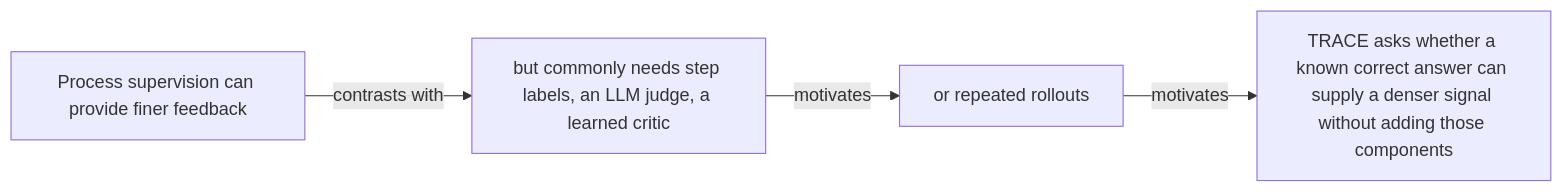
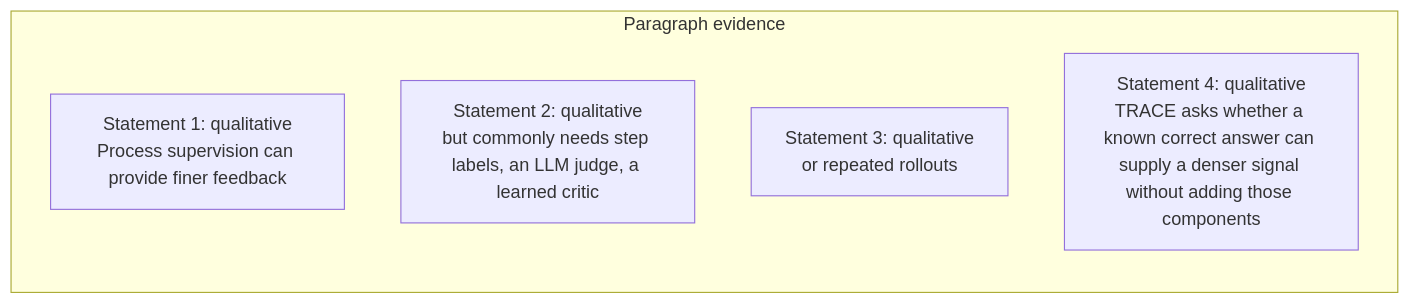
The fourth of 48 diagrams in docs/visual-manifests/VISUAL_MANIFEST_TRACE.md (Betancourt1/paper_atlas), drawn with Mermaid before and after one commit. The commit also changed other lines of this file and 7 other files, not shown here.

````diff
--- a/docs/visual-manifests/VISUAL_MANIFEST_TRACE.md
+++ b/docs/visual-manifests/VISUAL_MANIFEST_TRACE.md
@@ -306,10 +292,9 @@
 ```mermaid
 flowchart LR
-  n1["Process supervision can provide finer feedback"]
-  n2["but commonly needs step labels, an LLM judge, a learned critic"]
-  n3["or repeated rollouts"]
-  n4["TRACE asks whether a known correct answer can supply a denser signal without adding those components"]
-  n1 -->|"contrasts with"| n2
-  n2 -->|"motivates"| n3
-  n3 -->|"motivates"| n4
+  subgraph p1["Paragraph evidence"]
+    p1r1["Statement 1: qualitative<br/>Process supervision can provide finer feedback"]
+    p1r2["Statement 2: qualitative<br/>but commonly needs step labels, an LLM judge, a learned critic"]
+    p1r3["Statement 3: qualitative<br/>or repeated rollouts"]
+    p1r4["Statement 4: qualitative<br/>TRACE asks whether a known correct answer can supply a denser signal without adding those components"]
+  end
 ```
````
